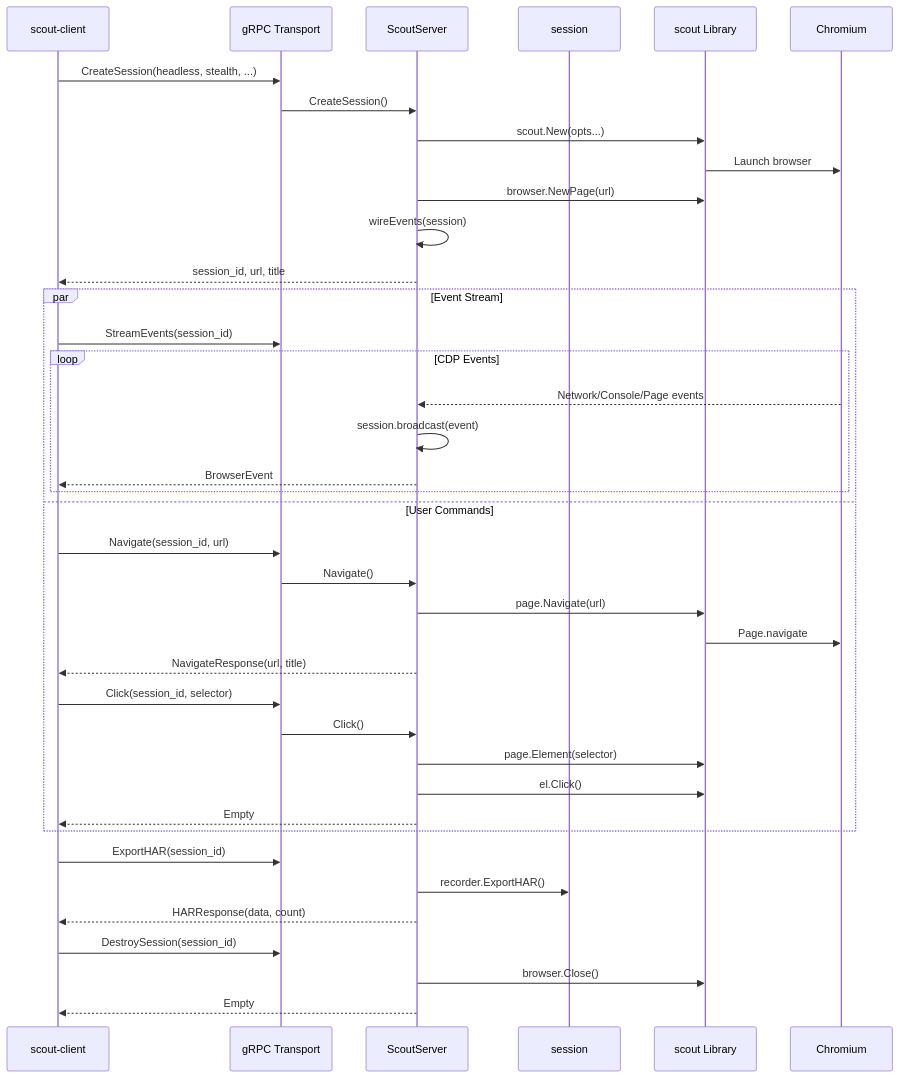
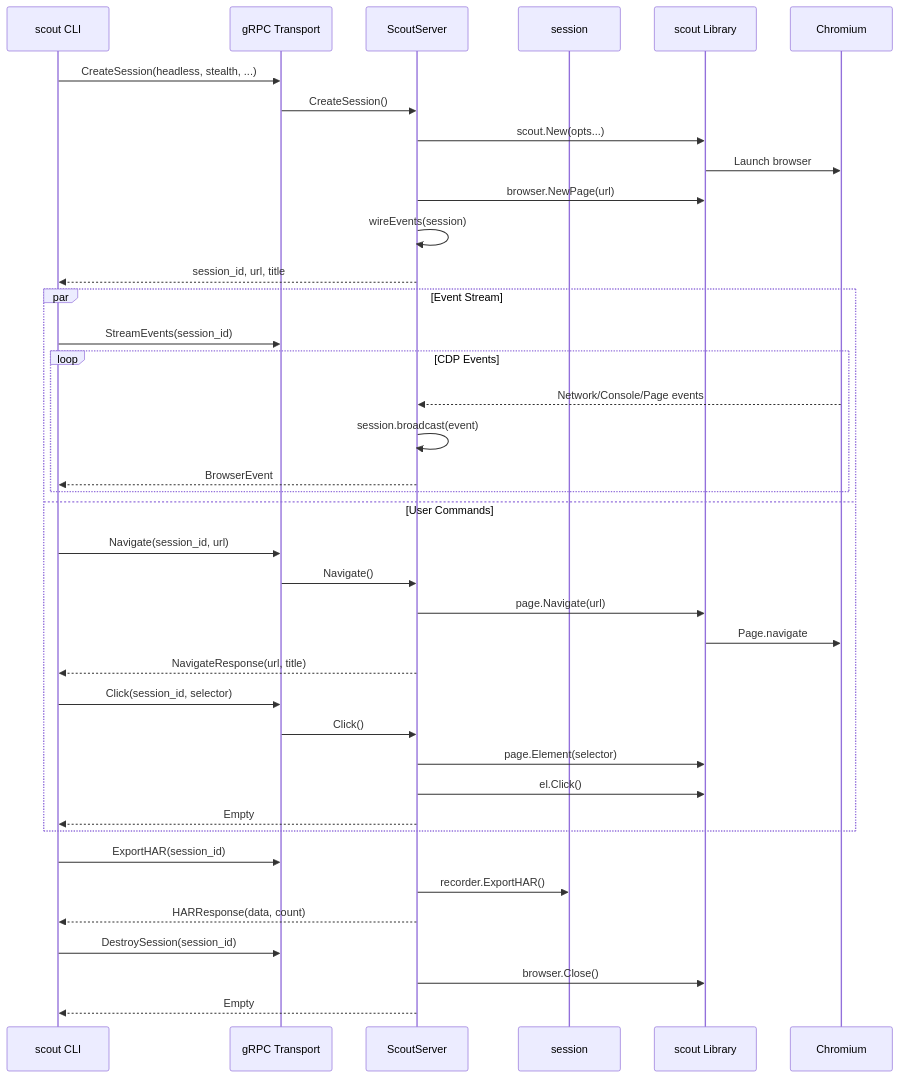
Before and after one commit to inovacc/scout: the fourth of 6 diagrams in docs/ARCHITECTURE.md, drawn with Mermaid. The commit also changed other lines of this file and 98 other files, not shown here.

First line of the commit message:
Move core library to pkg/scout and add unified Cobra CLI

````diff
--- a/docs/ARCHITECTURE.md
+++ b/docs/ARCHITECTURE.md
@@ -150,46 +151,46 @@
 ```mermaid
 sequenceDiagram
-    participant Client as scout-client
+    participant Client as scout CLI
     participant gRPC as gRPC Transport
     participant Server as ScoutServer
     participant Session as session
     participant Scout as scout Library
     participant Chrome as Chromium
 
     Client->>gRPC: CreateSession(headless, stealth, ...)
     gRPC->>Server: CreateSession()
     Server->>Scout: scout.New(opts...)
     Scout->>Chrome: Launch browser
     Server->>Scout: browser.NewPage(url)
     Server->>Server: wireEvents(session)
     Server-->>Client: session_id, url, title
 
     par Event Stream
         Client->>gRPC: StreamEvents(session_id)
         loop CDP Events
             Chrome-->>Server: Network/Console/Page events
             Server->>Server: session.broadcast(event)
             Server-->>Client: BrowserEvent
         end
     and User Commands
         Client->>gRPC: Navigate(session_id, url)
         gRPC->>Server: Navigate()
         Server->>Scout: page.Navigate(url)
         Scout->>Chrome: Page.navigate
         Server-->>Client: NavigateResponse(url, title)
 
         Client->>gRPC: Click(session_id, selector)
         gRPC->>Server: Click()
         Server->>Scout: page.Element(selector)
         Server->>Scout: el.Click()
         Server-->>Client: Empty
     end
 
     Client->>gRPC: ExportHAR(session_id)
     Server->>Session: recorder.ExportHAR()
     Server-->>Client: HARResponse(data, count)
 
     Client->>gRPC: DestroySession(session_id)
     Server->>Scout: browser.Close()
     Server-->>Client: Empty
 ```
````
